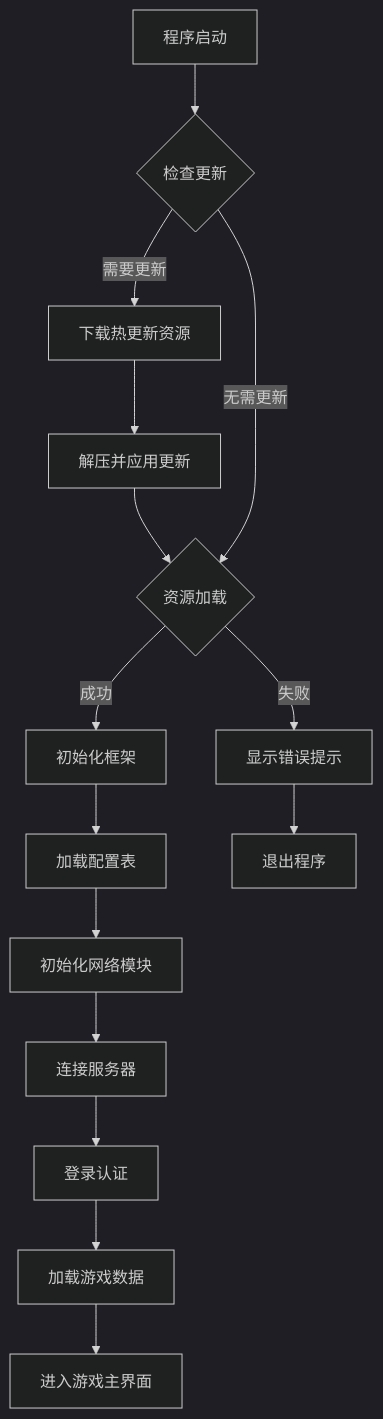
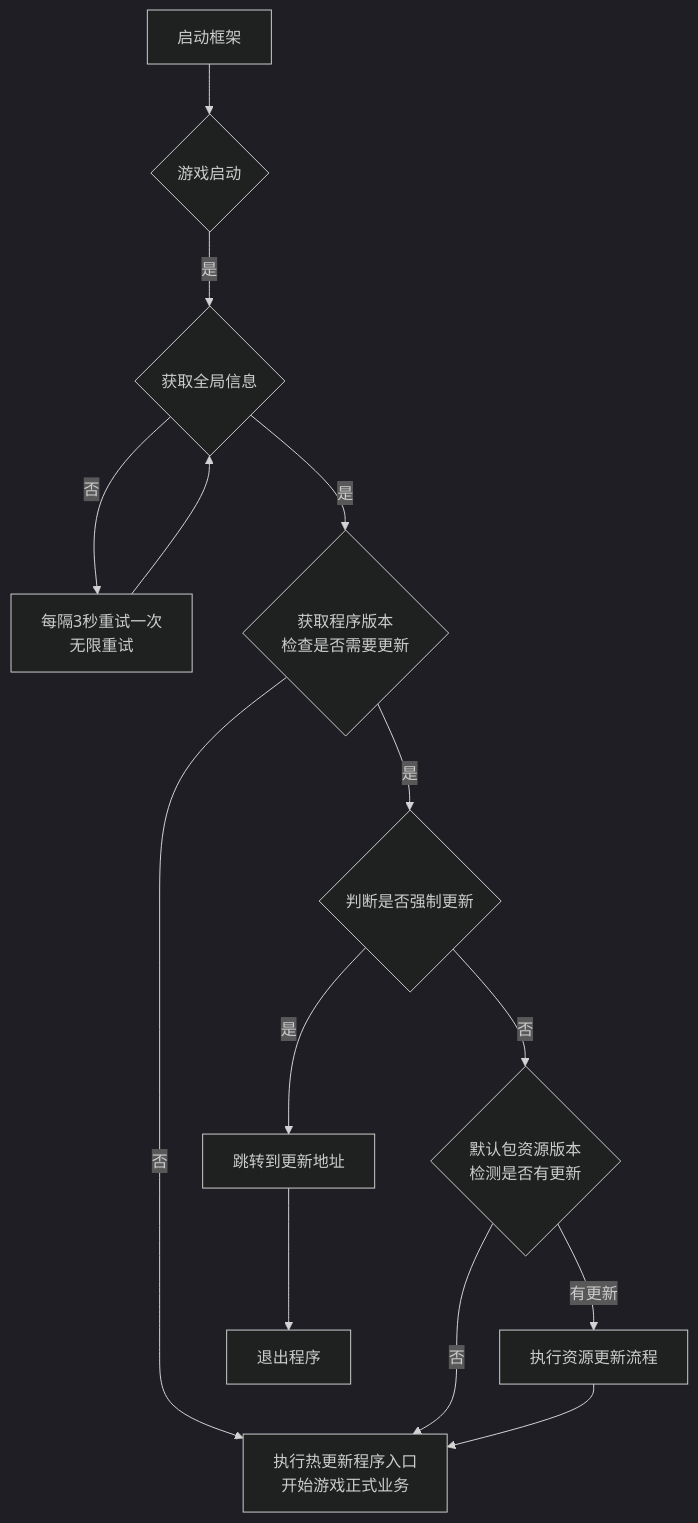
The first of 2 diagrams in docs/zh-CN/client/unity/launcher-procedure.md (AlianBlank/GameFrameX.Docs), drawn with Mermaid (dark theme) before and after one commit. The commit also changed other lines of this file, not shown here.

First line of the commit message:
docs(client): 将启动流程图替换为 Mermaid 语法

````diff
--- a/docs/zh-CN/client/unity/launcher-procedure.md
+++ b/docs/zh-CN/client/unity/launcher-procedure.md
@@ -13,17 +9,16 @@
 ```mermaid
 flowchart TD
-    A[程序启动] --> B{检查更新}
-    B -->|需要更新| C[下载热更新资源]
-    C --> D[解压并应用更新]
-    D --> E{资源加载}
-    B -->|无需更新| E
-    E -->|成功| F[初始化框架]
-    E -->|失败| G[显示错误提示]
-    F --> H[加载配置表]
-    H --> I[初始化网络模块]
-    I --> J[连接服务器]
-    J --> K[登录认证]
-    K --> L[加载游戏数据]
-    L --> M[进入游戏主界面]
-    G --> Z[退出程序]
+    A[启动框架] --> B{游戏启动}
+    B -->|是| C{获取全局信息}
+    C -->|否| D[每隔3秒重试一次<br/>无限重试]
+    D --> C
+    C -->|是| E{获取程序版本<br/>检查是否需要更新}
+    E -->|否| G[执行热更新程序入口<br/>开始游戏正式业务]
+    E -->|是| F{判断是否强制更新}
+    F -->|是| H[跳转到更新地址]
+    F -->|否| I{默认包资源版本<br/>检测是否有更新}
+    I -->|否| G
+    I -->|有更新| J[执行资源更新流程]
+    J --> G
+    H --> K[退出程序]
 ```
````
